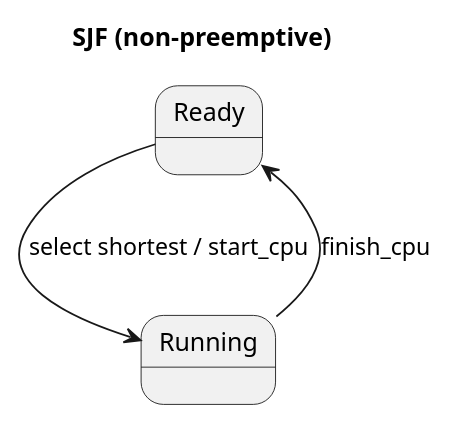
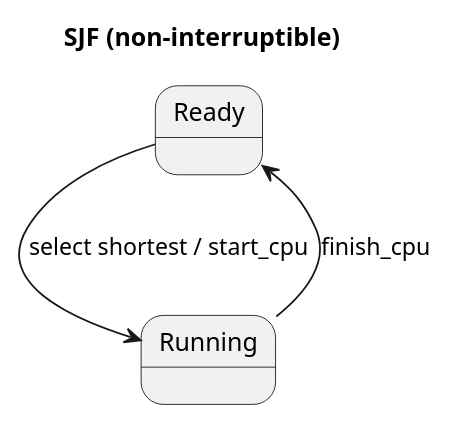
Before and after one commit to vicajilau/MASO: the second of 8 diagrams in doc/diagramas_de_estado.md, drawn with PlantUML. The commit also changed other lines of this file, not shown here.

Commit message:
Update state diagrams and descriptions for MASO scheduling algorithms to clarify preemption and interruption terminology

````diff
--- a/doc/diagramas_de_estado.md
+++ b/doc/diagramas_de_estado.md
@@ -74,9 +74,9 @@
 ```plantuml
 @startuml SJF
-title SJF (non-preemptive)
+title SJF (non-interruptible)
 state Ready
 state Running
 Ready --> Running : select shortest / start_cpu
 Running --> Ready : finish_cpu
 @enduml
 ```
````
